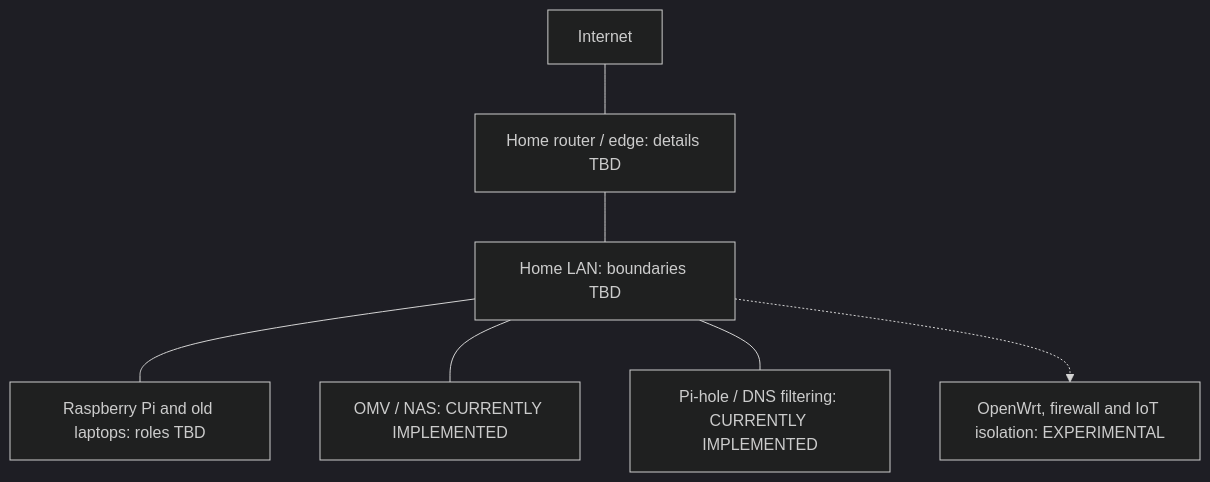
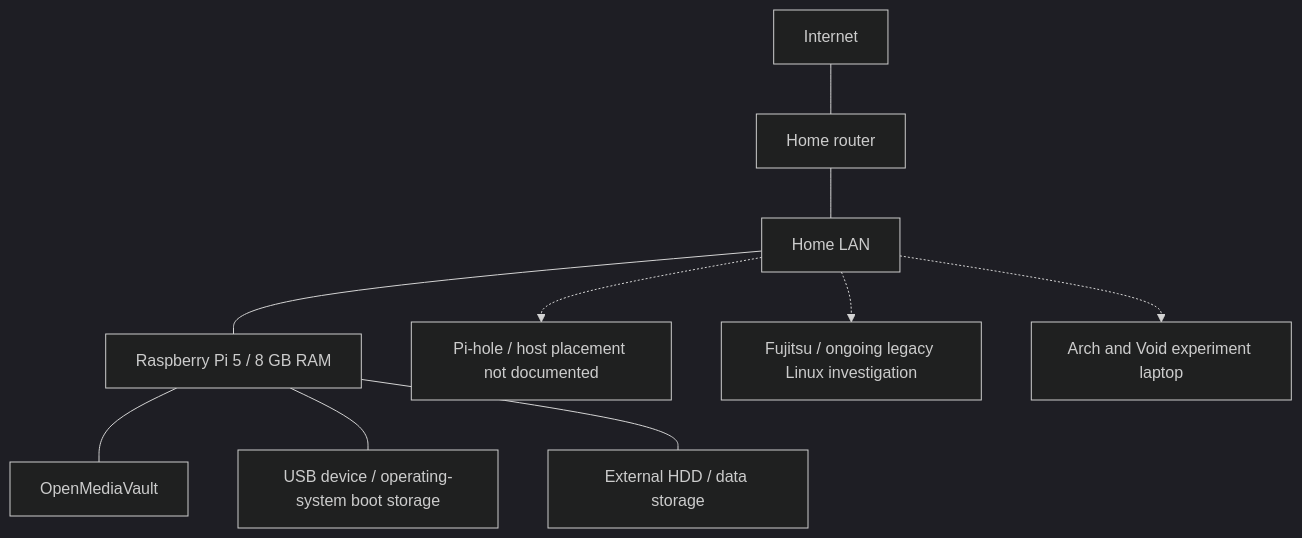
The diagram in README.md (moldovanluca4/homelab), drawn with Mermaid (dark theme) before and after one commit. The commit also changed other lines of this file and 25 other files, not shown here.

````diff
--- a/README.md
+++ b/README.md
@@ -38,9 +32,12 @@
 ```mermaid
 flowchart TB
-    Internet["Internet"] --- Edge["Home router / edge: details TBD"]
-    Edge --- LAN["Home LAN: boundaries TBD"]
-    LAN --- Hardware["Raspberry Pi and old laptops: roles TBD"]
-    LAN --- Storage["OMV / NAS: CURRENTLY IMPLEMENTED"]
-    LAN --- DNS["Pi-hole / DNS filtering: CURRENTLY IMPLEMENTED"]
-    LAN -.-> Lab["OpenWrt, firewall and IoT isolation: EXPERIMENTAL"]
+    Internet["Internet"] --- Router["Home router"]
+    Router --- LAN["Home LAN"]
+    LAN --- Pi["Raspberry Pi 5 / 8 GB RAM"]
+    Pi --- OMV["OpenMediaVault"]
+    Pi --- USB["USB device / operating-system boot storage"]
+    Pi --- HDD["External HDD / data storage"]
+    LAN -.-> DNS["Pi-hole / host placement not documented"]
+    LAN -.-> Fujitsu["Fujitsu / ongoing legacy Linux investigation"]
+    LAN -.-> Distro["Arch and Void experiment laptop"]
 ```
````
